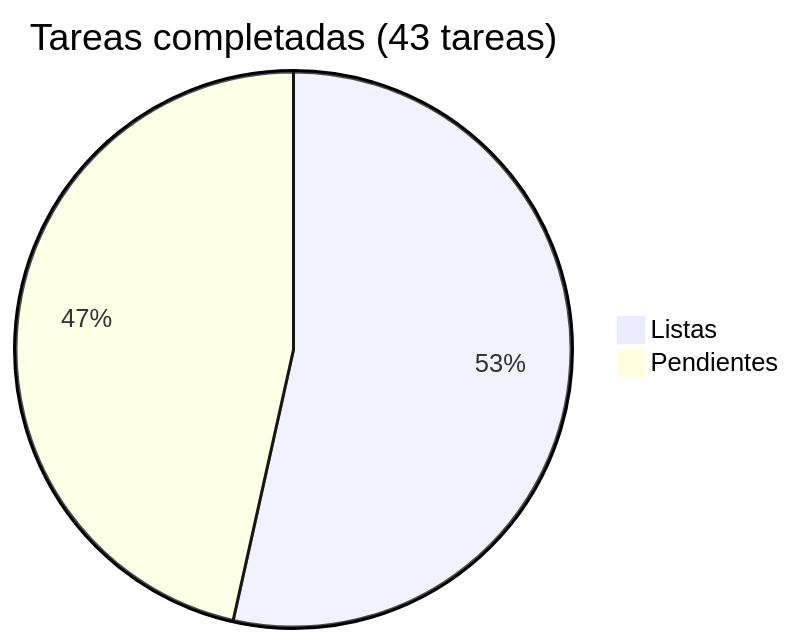
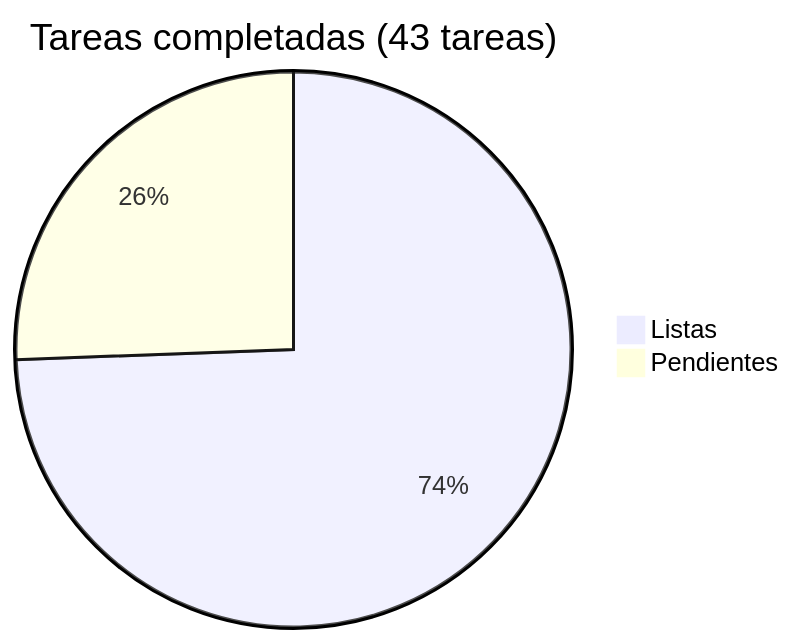
Before and after one commit to adelgadox/centroacopiove: the diagram in docs/roadmap/README.md, drawn with Mermaid. The commit also changed other lines of this file and 30 other files, not shown here.

````diff
--- a/docs/roadmap/README.md
+++ b/docs/roadmap/README.md
@@ -5,5 +5,5 @@
 ```mermaid
 pie title Tareas completadas (43 tareas)
-    "Listas" : 23
-    "Pendientes" : 20
+    "Listas" : 32
+    "Pendientes" : 11
 ```
````
